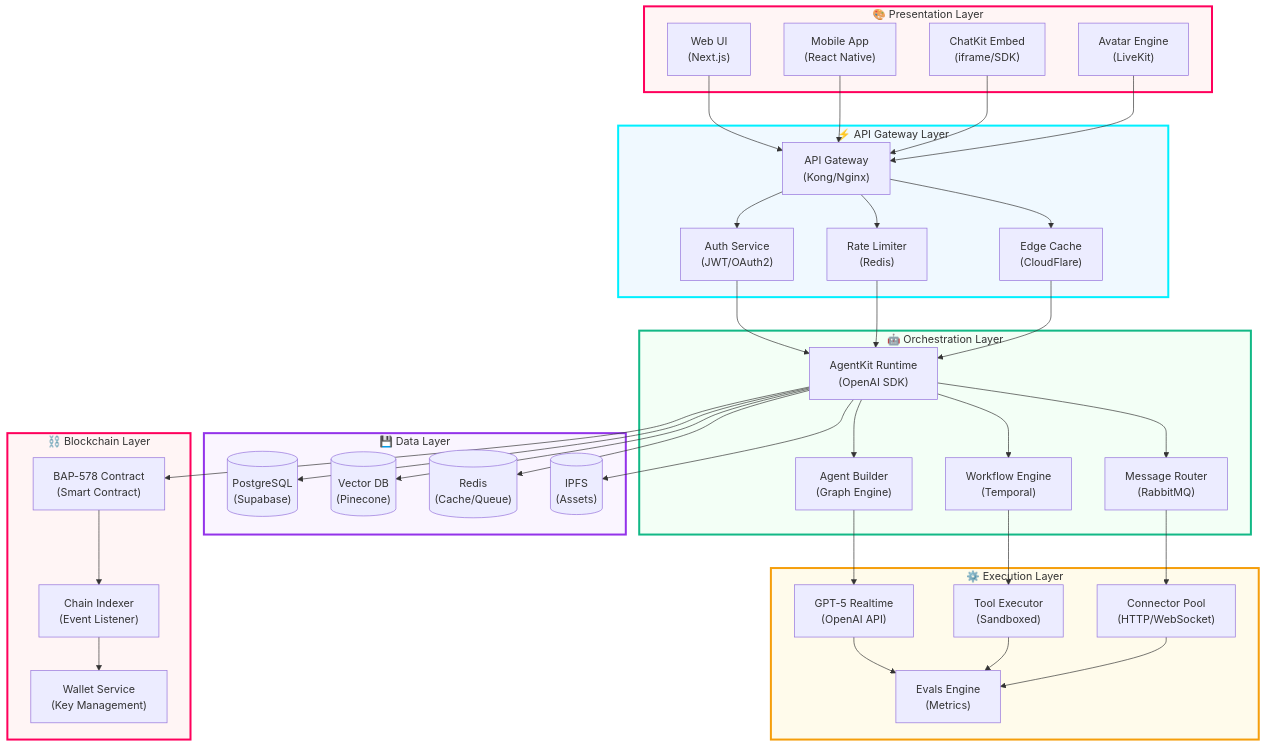
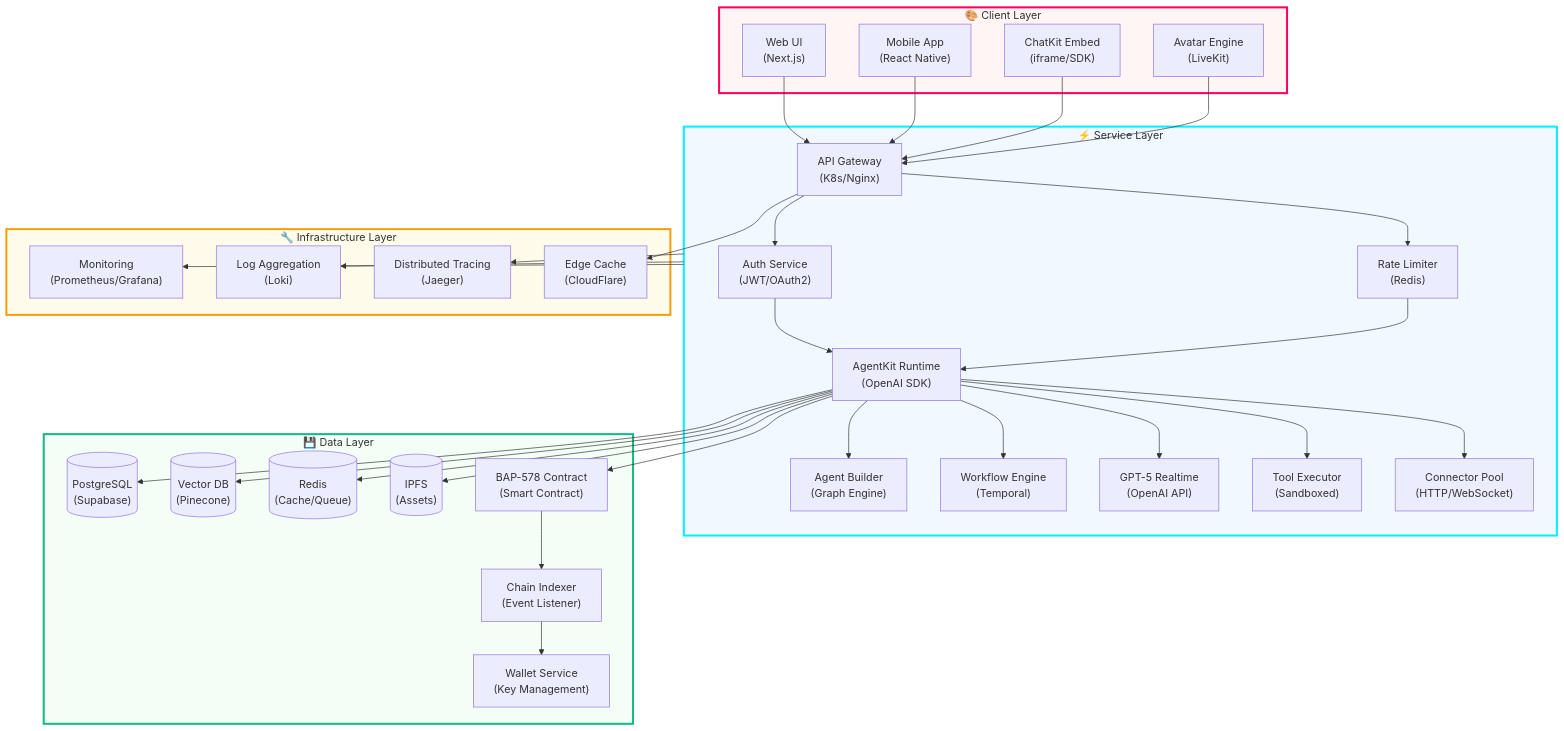
One commit to christelbuchanan/nfa-agentkit-playbook changed the second of 15 diagrams in ARCHITECTURE.md. Above: the diagram before and after it, drawn with Mermaid. The commit also changed other lines of this file and 2 other files, not shown here.

Commit message:
chore: improvement

````diff
--- a/ARCHITECTURE.md
+++ b/ARCHITECTURE.md
@@ -86,44 +86,56 @@
 ```mermaid
 graph TB
-    subgraph PRESENTATION["🎨 Presentation Layer"]
+    subgraph CLIENT["🎨 Client Layer"]
         WEB["Web UI<br/>(Next.js)"]
         MOBILE["Mobile App<br/>(React Native)"]
         EMBED["ChatKit Embed<br/>(iframe/SDK)"]
         AVATAR["Avatar Engine<br/>(LiveKit)"]
     end
 
-    subgraph GATEWAY["⚡ API Gateway Layer"]
-        APIGW["API Gateway<br/>(Kong/Nginx)"]
+    subgraph SERVICE["⚡ Service Layer"]
+        APIGW["API Gateway<br/>(K8s/Nginx)"]
         AUTH["Auth Service<br/>(JWT/OAuth2)"]
         RATE["Rate Limiter<br/>(Redis)"]
-        CACHE["Edge Cache<br/>(CloudFlare)"]
-    end
-
-    subgraph ORCHESTRATION["🤖 Orchestration Layer"]
+        
         AGENTKIT["AgentKit Runtime<br/>(OpenAI SDK)"]
         BUILDER["Agent Builder<br/>(Graph Engine)"]
         WORKFLOW["Workflow Engine<br/>(Temporal)"]
-        ROUTER["Message Router<br/>(RabbitMQ)"]
-    end
-
-    subgraph EXECUTION["⚙️ Execution Layer"]
+        
         GPT5["GPT-5 Realtime<br/>(OpenAI API)"]
         TOOLS["Tool Executor<br/>(Sandboxed)"]
         CONNECTORS["Connector Pool<br/>(HTTP/WebSocket)"]
-        EVAL["Evals Engine<br/>(Metrics)"]
+        
+        APIGW --> AUTH
+        APIGW --> RATE
+        AUTH --> AGENTKIT
+        RATE --> AGENTKIT
+        
+        AGENTKIT --> BUILDER
+        AGENTKIT --> WORKFLOW
+        AGENTKIT --> GPT5
+        AGENTKIT --> TOOLS
+        AGENTKIT --> CONNECTORS
     end
 
     subgraph DATA["💾 Data Layer"]
         POSTGRES[("PostgreSQL<br/>(Supabase)")]
         VECTOR[("Vector DB<br/>(Pinecone)")]
-        REDIS[("Redis<br/>(Cache/Queue)")]
+        REDIS_CACHE[("Redis<br/>(Cache/Queue)")]
         IPFS[("IPFS<br/>(Assets)")]
-    end
-
-    subgraph BLOCKCHAIN["⛓️ Blockchain Layer"]
+        
         BAP578["BAP-578 Contract<br/>(Smart Contract)"]
         INDEXER["Chain Indexer<br/>(Event Listener)"]
         WALLET["Wallet Service<br/>(Key Management)"]
+        
+        BAP578 --> INDEXER
+        INDEXER --> WALLET
+    end
+
+    subgraph INFRA["🔧 Infrastructure Layer"]
+        MONITOR["Monitoring<br/>(Prometheus/Grafana)"]
+        LOGS["Log Aggregation<br/>(Loki)"]
+        TRACES["Distributed Tracing<br/>(Jaeger)"]
+        CDN["Edge Cache<br/>(CloudFlare)"]
     end
 
     WEB --> APIGW
@@ -131,39 +143,19 @@
     EMBED --> APIGW
     AVATAR --> APIGW
     
-    APIGW --> AUTH
-    APIGW --> RATE
-    APIGW --> CACHE
-    
-    AUTH --> AGENTKIT
-    RATE --> AGENTKIT
-    CACHE --> AGENTKIT
-    
-    AGENTKIT --> BUILDER
-    AGENTKIT --> WORKFLOW
-    AGENTKIT --> ROUTER
-    
-    BUILDER --> GPT5
-    WORKFLOW --> TOOLS
-    ROUTER --> CONNECTORS
-    
-    GPT5 --> EVAL
-    TOOLS --> EVAL
-    CONNECTORS --> EVAL
-    
     AGENTKIT --> POSTGRES
     AGENTKIT --> VECTOR
-    AGENTKIT --> REDIS
+    AGENTKIT --> REDIS_CACHE
     AGENTKIT --> IPFS
+    AGENTKIT --> BAP578
     
-    AGENTKIT --> BAP578
-    BAP578 --> INDEXER
-    INDEXER --> WALLET
+    SERVICE --> MONITOR
+    SERVICE --> LOGS
+    SERVICE --> TRACES
+    APIGW --> CDN
 
-    style PRESENTATION fill:#fff5f5,stroke:#FF005C,stroke-width:3px
-    style GATEWAY fill:#f0f9ff,stroke:#00F0FF,stroke-width:3px
-    style ORCHESTRATION fill:#f3fff6,stroke:#12b886,stroke-width:3px
-    style EXECUTION fill:#fffbeb,stroke:#f59e0b,stroke-width:3px
-    style DATA fill:#faf5ff,stroke:#9333ea,stroke-width:3px
-    style BLOCKCHAIN fill:#fff5f5,stroke:#FF005C,stroke-width:3px
+    style CLIENT fill:#fff5f5,stroke:#FF005C,stroke-width:3px
+    style SERVICE fill:#f0f9ff,stroke:#00F0FF,stroke-width:3px
+    style DATA fill:#f3fff6,stroke:#12b886,stroke-width:3px
+    style INFRA fill:#fffbeb,stroke:#f59e0b,stroke-width:3px
 ```
````
